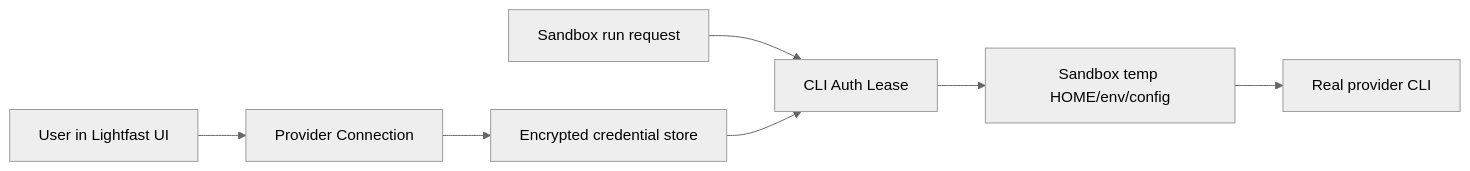
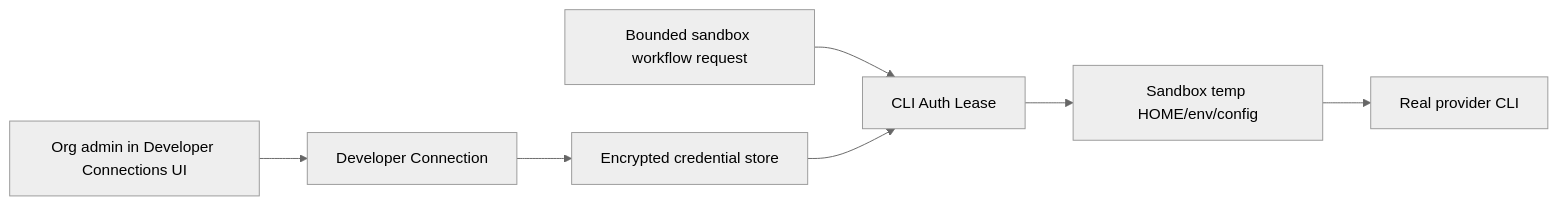
Before and after one commit to lightfastai/lightfast: the diagram in docs/superpowers/specs/2026-06-03-cli-provider-auth-sandbox-leases-design.md, drawn with Mermaid (neutral theme). The commit also changed other lines of this file, not shown here.

Commit message:
docs: revise developer connection lease spec

````diff
--- a/docs/superpowers/specs/2026-06-03-cli-provider-auth-sandbox-leases-design.md
+++ b/docs/superpowers/specs/2026-06-03-cli-provider-auth-sandbox-leases-design.md
@@ -117,9 +128,9 @@
 ```mermaid
 flowchart LR
-  U["User in Lightfast UI"] --> C["Provider Connection"]
+  U["Org admin in Developer Connections UI"] --> C["Developer Connection"]
   C --> S["Encrypted credential store"]
-  R["Sandbox run request"] --> L["CLI Auth Lease"]
+  R["Bounded sandbox workflow request"] --> L["CLI Auth Lease"]
   S --> L
   L --> B["Sandbox temp HOME/env/config"]
   B --> CLI["Real provider CLI"]
 ```
````
